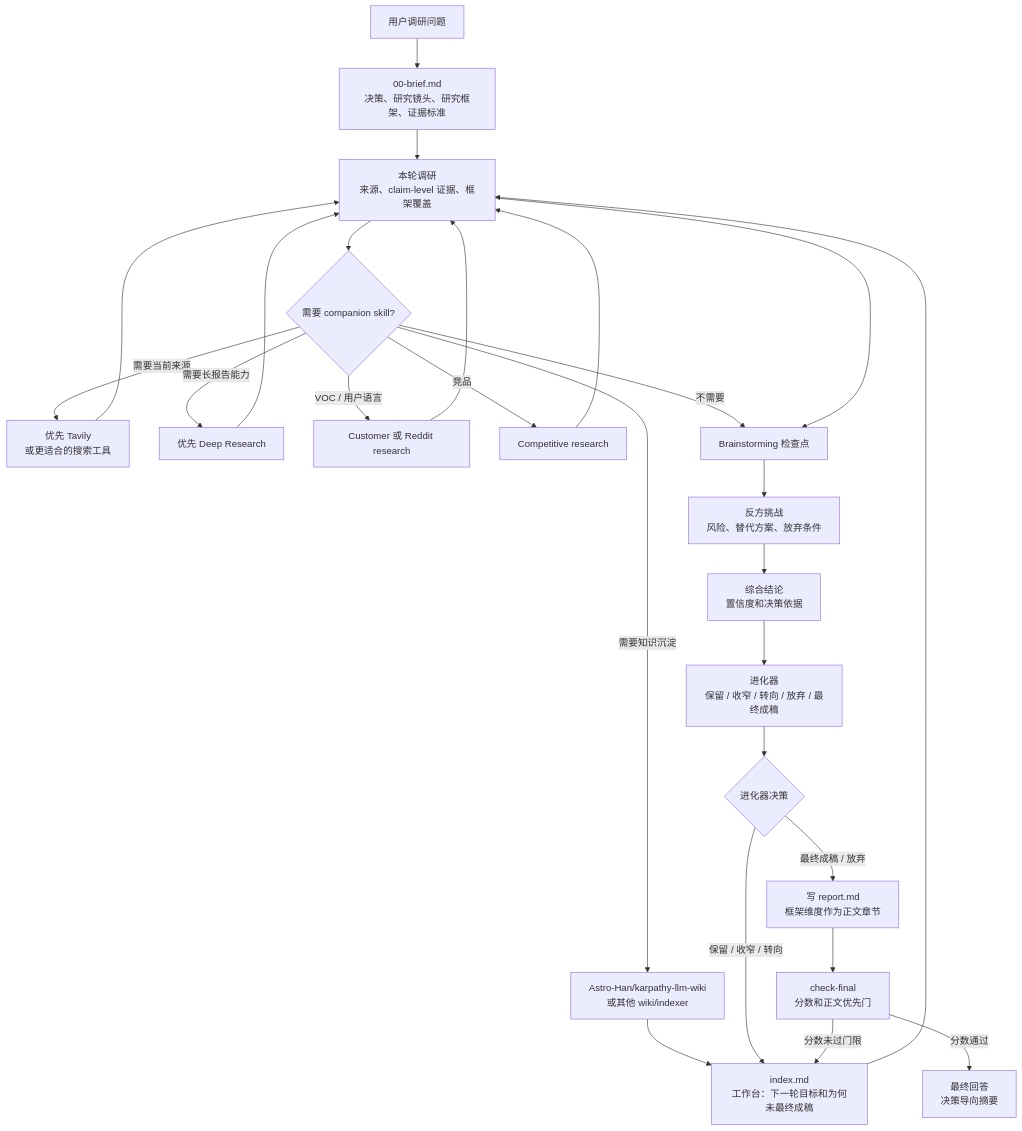
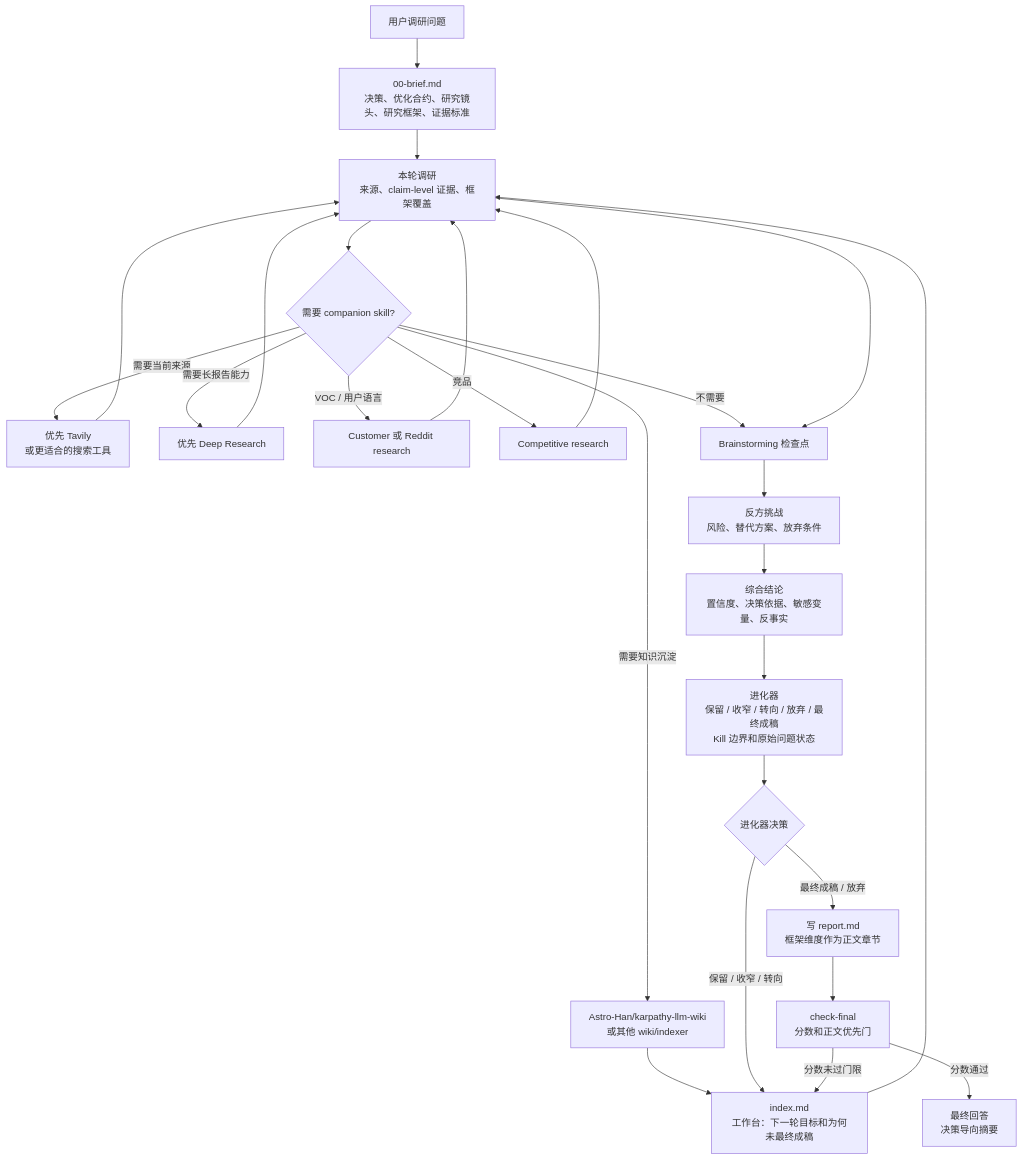
Before and after one commit to GoatGit/super-survey: the diagram in README.zh-CN.md, drawn with Mermaid. The commit also changed other lines of this file and 6 other files, not shown here.

````diff
--- a/README.zh-CN.md
+++ b/README.zh-CN.md
@@ -198,28 +200,28 @@
 ```mermaid
 flowchart TD
-    A[用户调研问题] --> B[00-brief.md<br/>决策、研究镜头、研究框架、证据标准]
+    A[用户调研问题] --> B[00-brief.md<br/>决策、优化合约、研究镜头、研究框架、证据标准]
     B --> C[本轮调研<br/>来源、claim-level 证据、框架覆盖]
     C --> D{需要 companion skill?}
     D -->|需要当前来源| D1[优先 Tavily<br/>或更适合的搜索工具]
     D -->|需要长报告能力| D2[优先 Deep Research]
     D -->|VOC / 用户语言| D3[Customer 或 Reddit research]
     D -->|竞品| D4[Competitive research]
     D -->|需要知识沉淀| D5[Astro-Han/karpathy-llm-wiki<br/>或其他 wiki/indexer]
     D -->|不需要| E[Brainstorming 检查点]
     D1 --> C
     D2 --> C
     D3 --> C
     D4 --> C
     D5 --> I[index.md]
     C --> E[Brainstorming 检查点]
     E --> F[反方挑战<br/>风险、替代方案、放弃条件]
-    F --> G[综合结论<br/>置信度和决策依据]
-    G --> H[进化器<br/>保留 / 收窄 / 转向 / 放弃 / 最终成稿]
+    F --> G[综合结论<br/>置信度、决策依据、敏感变量、反事实]
+    G --> H[进化器<br/>保留 / 收窄 / 转向 / 放弃 / 最终成稿<br/>Kill 边界和原始问题状态]
     H --> Q{进化器决策}
     Q -->|保留 / 收窄 / 转向| I[index.md<br/>工作台：下一轮目标和为何未最终成稿]
     I --> C
     Q -->|最终成稿 / 放弃| J[写 report.md<br/>框架维度作为正文章节]
     J --> R[check-final<br/>分数和正文优先门]
     R -->|分数未过门限| I
     R -->|分数通过| K[最终回答<br/>决策导向摘要]
 ```
````
